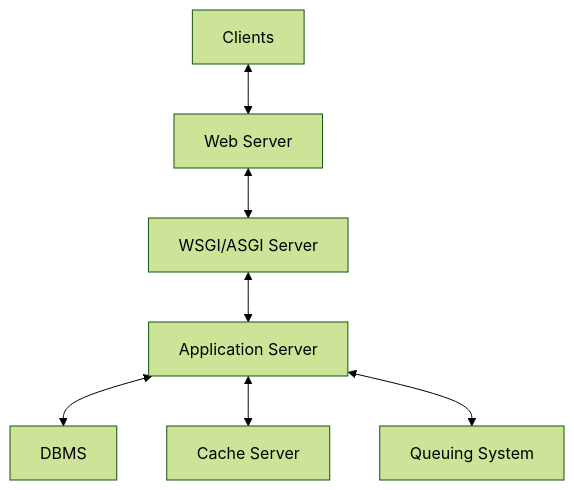
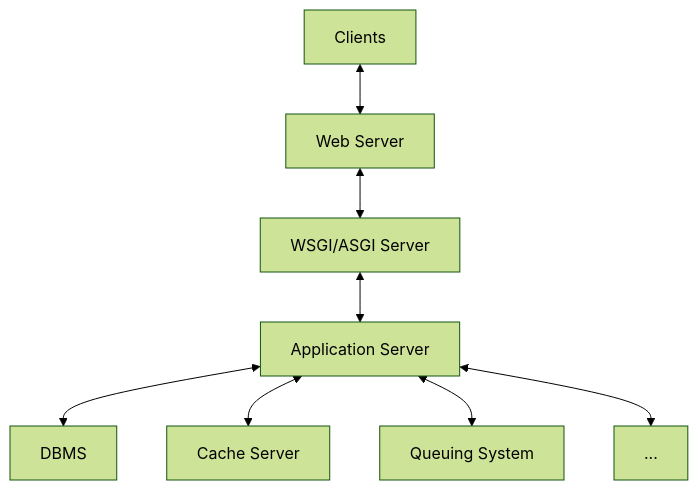
One commit to bingyangchen/KM-software changed the diagram in System Design/Backend Web Architecture.md. Above: the diagram before and after it, drawn with Mermaid (forest theme). The commit also changed other lines of this file and 12 other files, not shown here.

````diff
--- a/System Design/Backend Web Architecture.md
+++ b/System Design/Backend Web Architecture.md
@@ -3,16 +3,18 @@
 ```mermaid
 flowchart
     id1[Clients]
     id2[Web Server]
     id3[WSGI/ASGI Server]
     id4[Application Server]
     id5[DBMS]
     id6[Cache Server]
     id7[Queuing System]
+    id8[...]
     id1 <--> id2
     id2 <--> id3
     id3 <--> id4
     id4 <--> id5
     id4 <--> id6
     id4 <--> id7
+    id4 <--> id8
 ```
````
